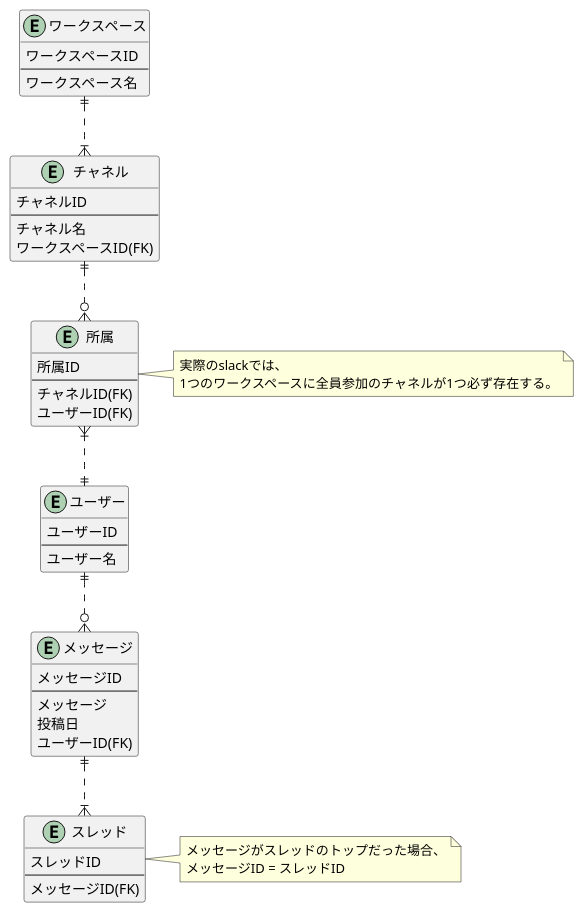
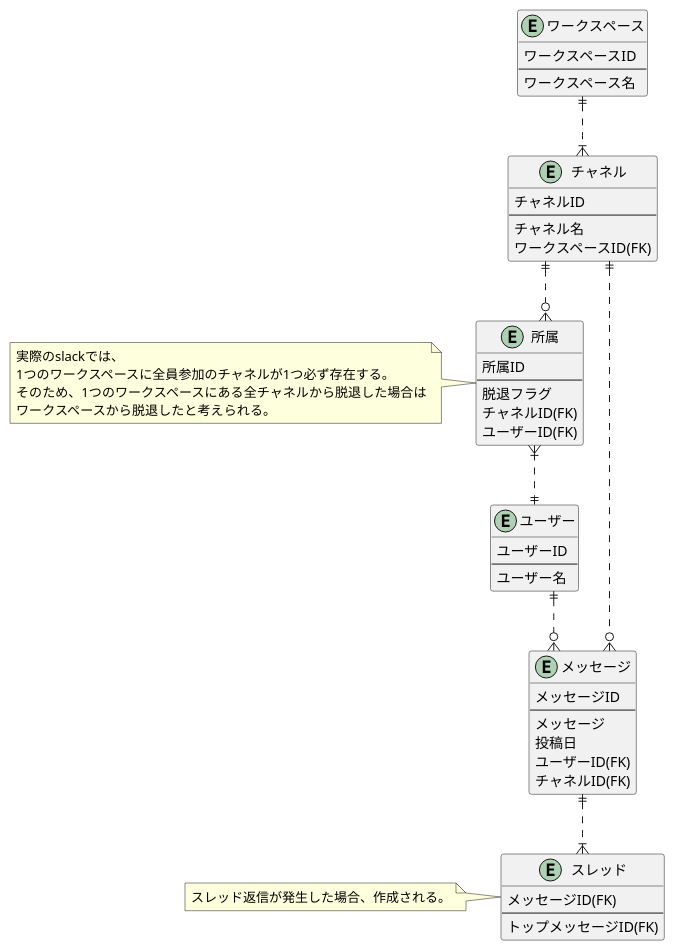
Before and after one commit to moritanuki/praha_challenge: the diagram in 01_データベース設計/02_DBモデリング2/01_課題1/slack_schema_01.puml, drawn with PlantUML. The commit also changed 1 other file, not shown here.

```diff
--- a/01_データベース設計/02_DBモデリング2/01_課題1/slack_schema_01.puml
+++ b/01_データベース設計/02_DBモデリング2/01_課題1/slack_schema_01.puml
@@ -1,65 +1,69 @@
 @startuml slack_01
 
 skinparam {
   ' カーディナリティ斜め対策
    linetype ortho
 }
 
 entity "ワークスペース" as ワークスペース {
   ワークスペースID
   --
   ワークスペース名
 }
 
 entity "チャネル" as チャネル {
   チャネルID
   --
   チャネル名
   ワークスペースID(FK)
 }
 
 entity "所属" as 所属 {
   所属ID
   --
+  脱退フラグ
   チャネルID(FK)
   ユーザーID(FK)
 }
 
-note right of 所属
+note left of 所属
   実際のslackでは、
   1つのワークスペースに全員参加のチャネルが1つ必ず存在する。
+  そのため、1つのワークスペースにある全チャネルから脱退した場合は
+  ワークスペースから脱退したと考えられる。
 end note
 
 entity "ユーザー" as ユーザー {
   ユーザーID
   --
   ユーザー名
 }
 
 entity "メッセージ" as メッセージ {
   メッセージID
   --
   メッセージ
   投稿日
   ユーザーID(FK)
+  チャネルID(FK)
 }
 
 entity "スレッド" as スレッド {
-  スレッドID
+  メッセージID(FK)
   --
-  メッセージID(FK)
+  トップメッセージID(FK)
 }
 
-note right of スレッド
-  メッセージがスレッドのトップだった場合、
-  メッセージID = スレッドID
+note left of スレッド
+  スレッド返信が発生した場合、作成される。
 end note
 
 ワークスペース ||..|{ チャネル
 チャネル ||..o{ 所属
 所属 }|..|| ユーザー
+チャネル ||..o{ メッセージ
 ユーザー ||..o{ メッセージ
 メッセージ ||..|{ スレッド
 
 
 @enduml
```
